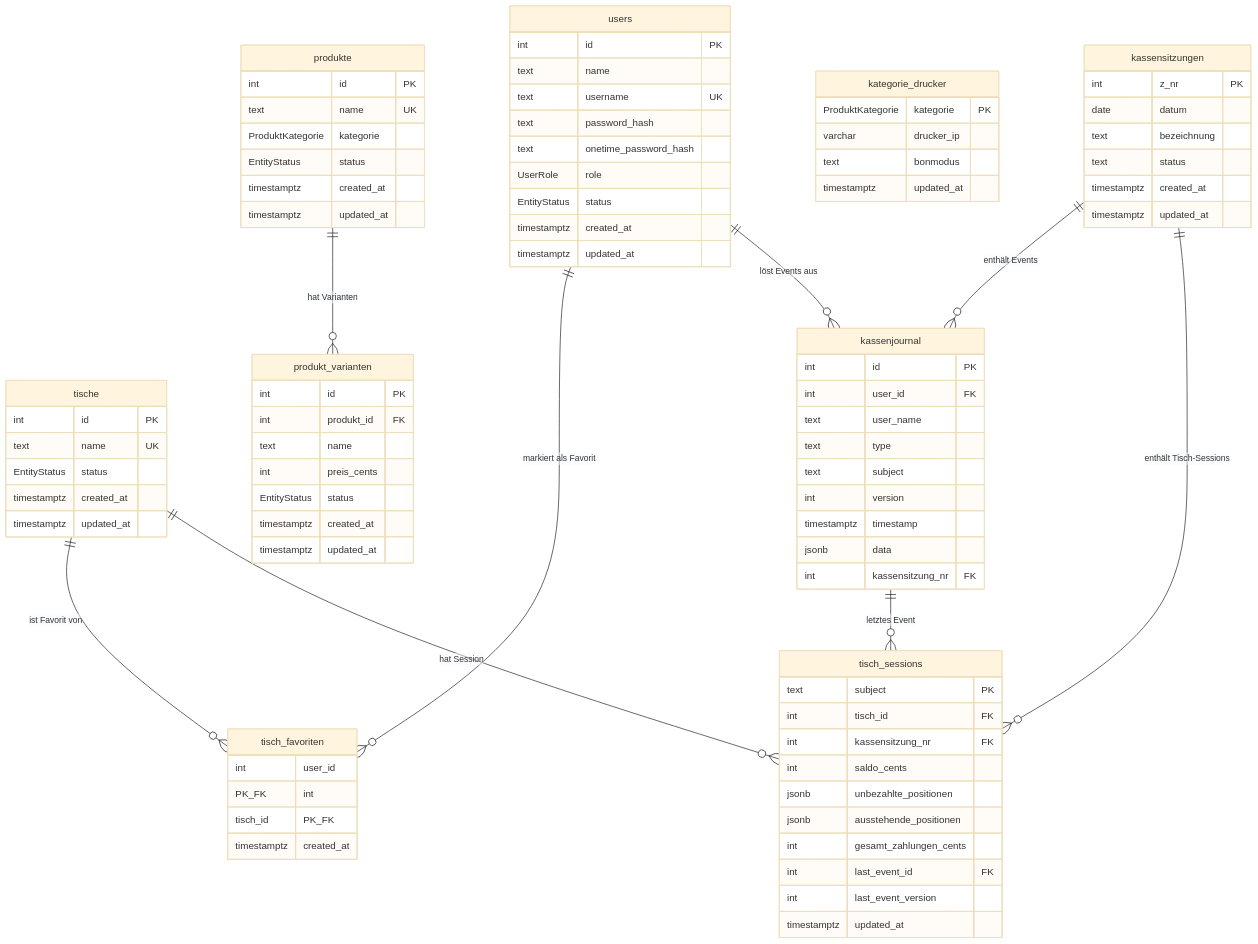
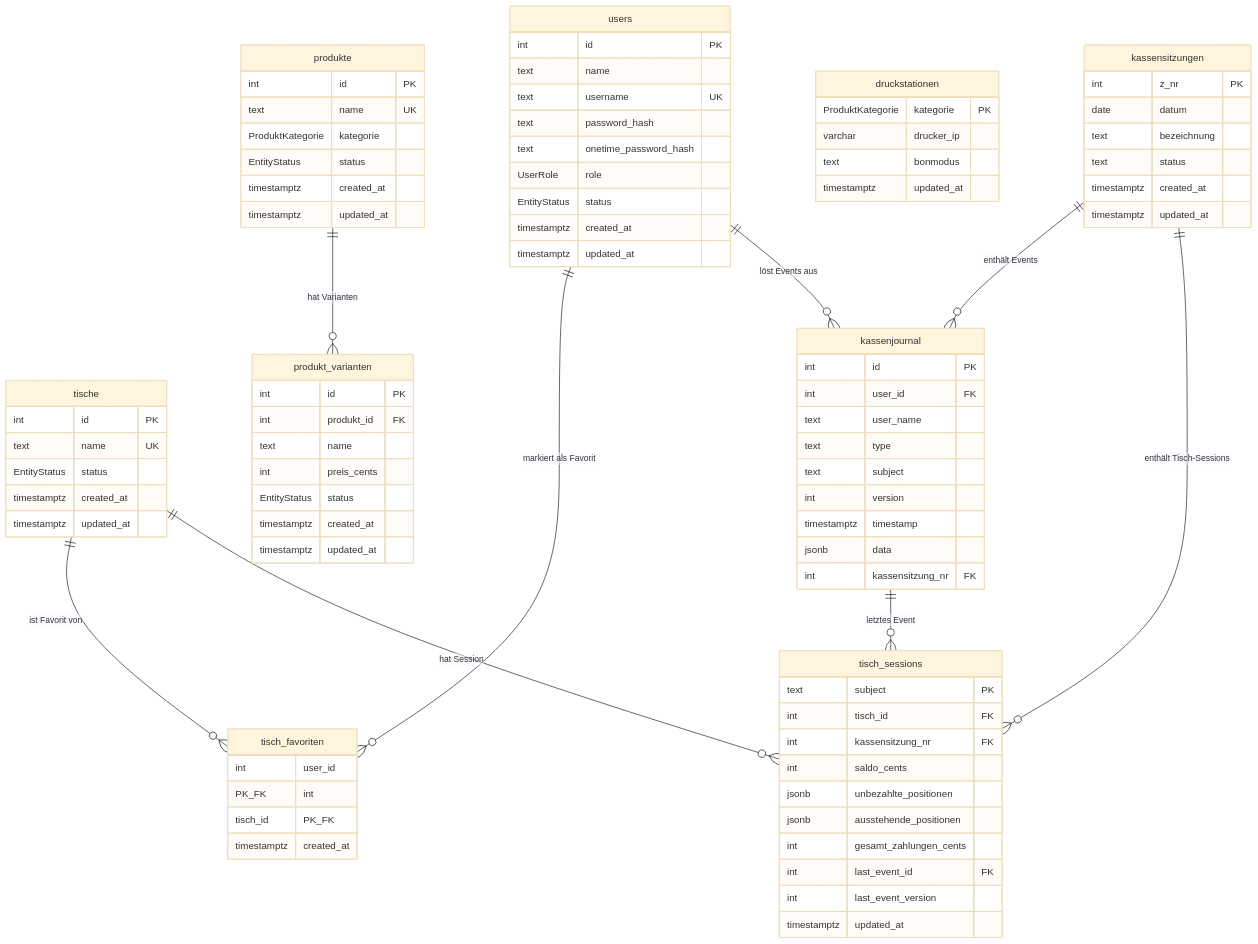
One commit to nicograef/jotti changed the first of 11 diagrams in docs/datenbankschema.md. Above: the diagram before and after it, drawn with Mermaid (base theme). The commit also changed other lines of this file and 3 other files, not shown here.

```diff
--- a/docs/datenbankschema.md
+++ b/docs/datenbankschema.md
@@ -95,7 +95,7 @@
         timestamptz updated_at
     }
 
-    kategorie_drucker {
+    druckstationen {
         ProduktKategorie kategorie PK
         varchar drucker_ip
         text bonmodus
```
